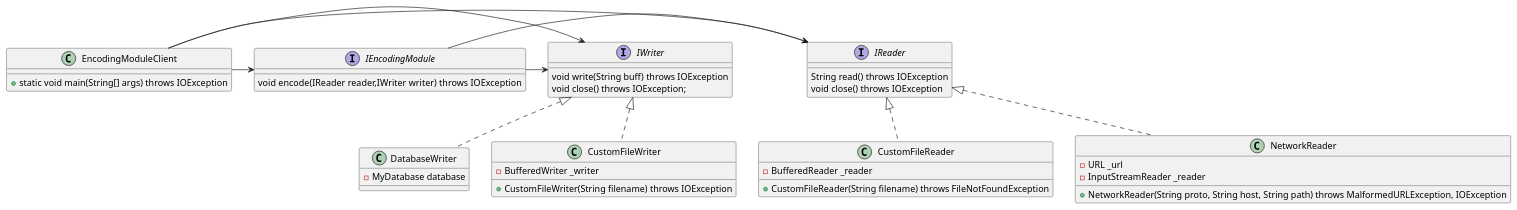
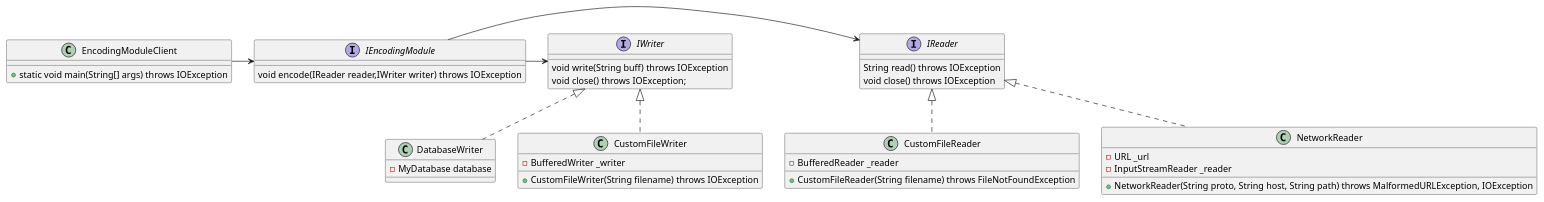
The diagram in DIP/src/com/directi/training/dip/exercise/diag.puml (YassineRaboudi007/Solid-Principles), drawn with PlantUML before and after one commit. The commit also changed 3 other files, not shown here.

```diff
--- a/DIP/src/com/directi/training/dip/exercise/diag.puml
+++ b/DIP/src/com/directi/training/dip/exercise/diag.puml
@@ -1,46 +1,46 @@
-interface IEncodingModule {
-    void encode(IReader reader,IWriter writer) throws IOException
+
+class CustomFileReader implements IReader {
+    - BufferedReader _reader
+    + CustomFileReader(String filename) throws FileNotFoundException
 }
 
-interface IWriter {
-    void write(String buff) throws IOException
-    void close() throws IOException;
+class NetworkReader implements IReader {
+    - URL _url
+    - InputStreamReader _reader
+    + NetworkReader(String proto, String host, String path) throws MalformedURLException, IOException
 }
 
 class DatabaseWriter implements IWriter {
     - MyDatabase database
 }
 
 
 class CustomFileWriter implements IWriter {
     - BufferedWriter _writer
     + CustomFileWriter(String filename) throws IOException 
 }
 
+class EncodingModuleClient
+{
+    + static void main(String[] args) throws IOException
+}
+interface IEncodingModule {
+    void encode(IReader reader,IWriter writer) throws IOException
+}
+
+interface IWriter {
+    void write(String buff) throws IOException
+    void close() throws IOException;
+}
+
+
 interface IReader {
     String read() throws IOException
     void close() throws IOException
 }
 
-class CustomFileReader implements IReader {
-    - BufferedReader _reader
-    + CustomFileReader(String filename) throws FileNotFoundException
-}
 
-class NetworkReader implements IReader {
-    - URL _url
-    - InputStreamReader _reader
-    + NetworkReader(String proto, String host, String path) throws MalformedURLException, IOException
-}
-
-class EncodingModuleClient
-{
-    + static void main(String[] args) throws IOException
-}
-
-EncodingModuleClient -> IReader
-EncodingModuleClient -> IWriter
 EncodingModuleClient -> IEncodingModule
 IEncodingModule -> IReader
 IEncodingModule -> IWriter
 @enduml
```
